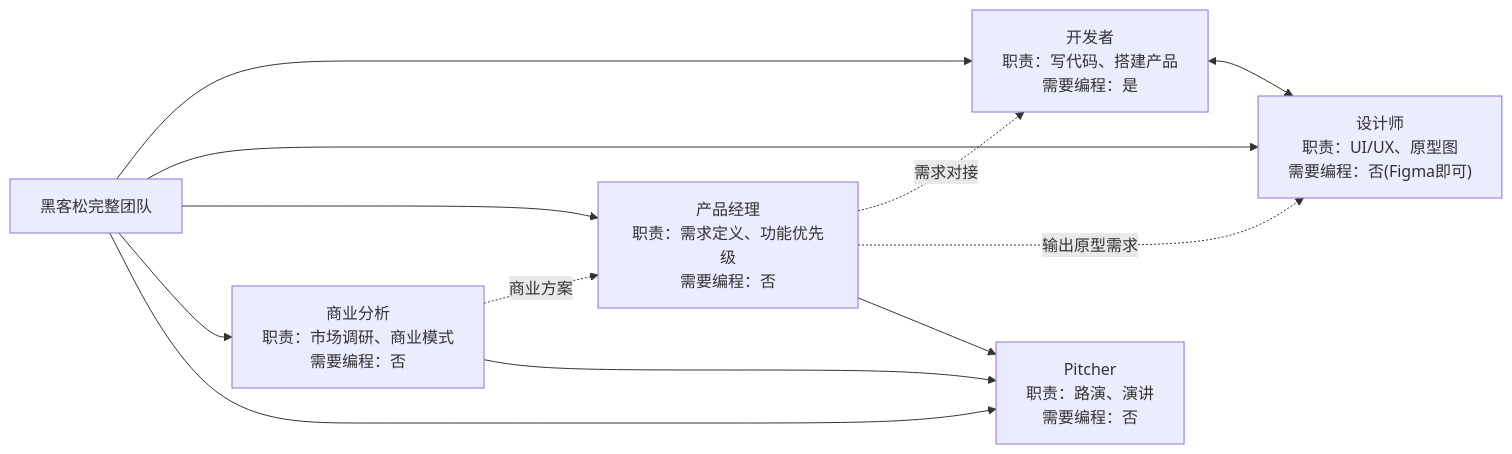
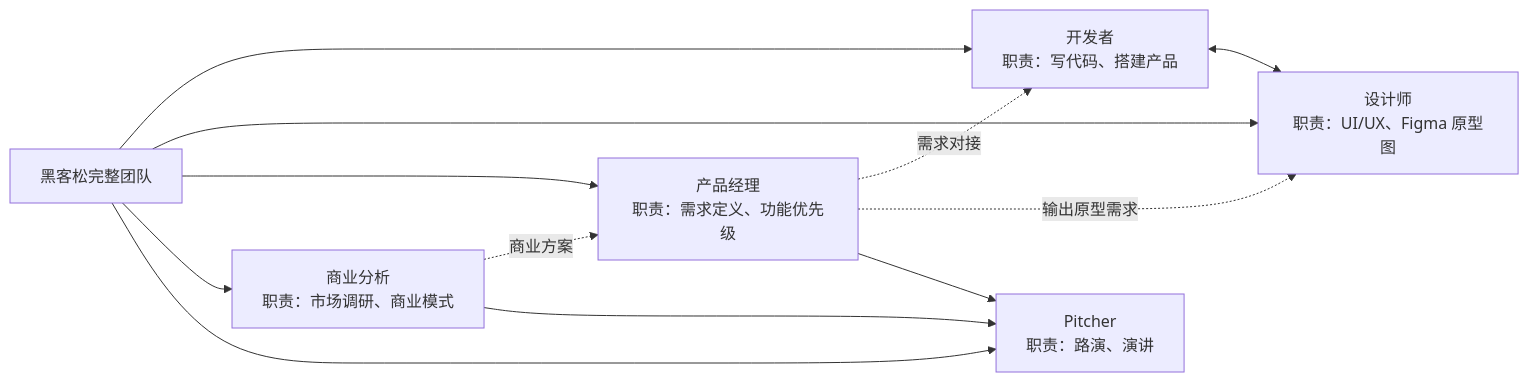
Before and after one commit to runsme-com/runsme-com.github.io: the first of 2 diagrams in docs/hackathon/index.md, drawn with Mermaid. The commit also changed other lines of this file, not shown here.

````diff
--- a/docs/hackathon/index.md
+++ b/docs/hackathon/index.md
@@ -37,22 +40,22 @@
 ```mermaid
 flowchart LR
     A[黑客松完整团队] --> B[开发者]
     A --> C[设计师]
     A --> D[产品经理]
     A --> E[商业分析]
     A --> F[Pitcher<br/>路演演讲]
     
-    B["开发者<br/>职责：写代码、搭建产品<br/>需要编程：是"]
-    C["设计师<br/>职责：UI/UX、原型图<br/>需要编程：否(Figma即可)"]
-    D["产品经理<br/>职责：需求定义、功能优先级<br/>需要编程：否"]
-    E["商业分析<br/>职责：市场调研、商业模式<br/>需要编程：否"]
-    F["Pitcher<br/>职责：路演、演讲<br/>需要编程：否"]
+    B["开发者<br/>职责：写代码、搭建产品"]
+    C["设计师<br/>职责：UI/UX、Figma 原型图"]
+    D["产品经理<br/>职责：需求定义、功能优先级"]
+    E["商业分析<br/>职责：市场调研、商业模式"]
+    F["Pitcher<br/>职责：路演、演讲"]
     
     %% 团队协作关系
     D -.需求对接.-> B
     D -.输出原型需求.-> C
     E -.商业方案.-> D
     B <--> C
     E --> F
     D --> F
 ```
````
